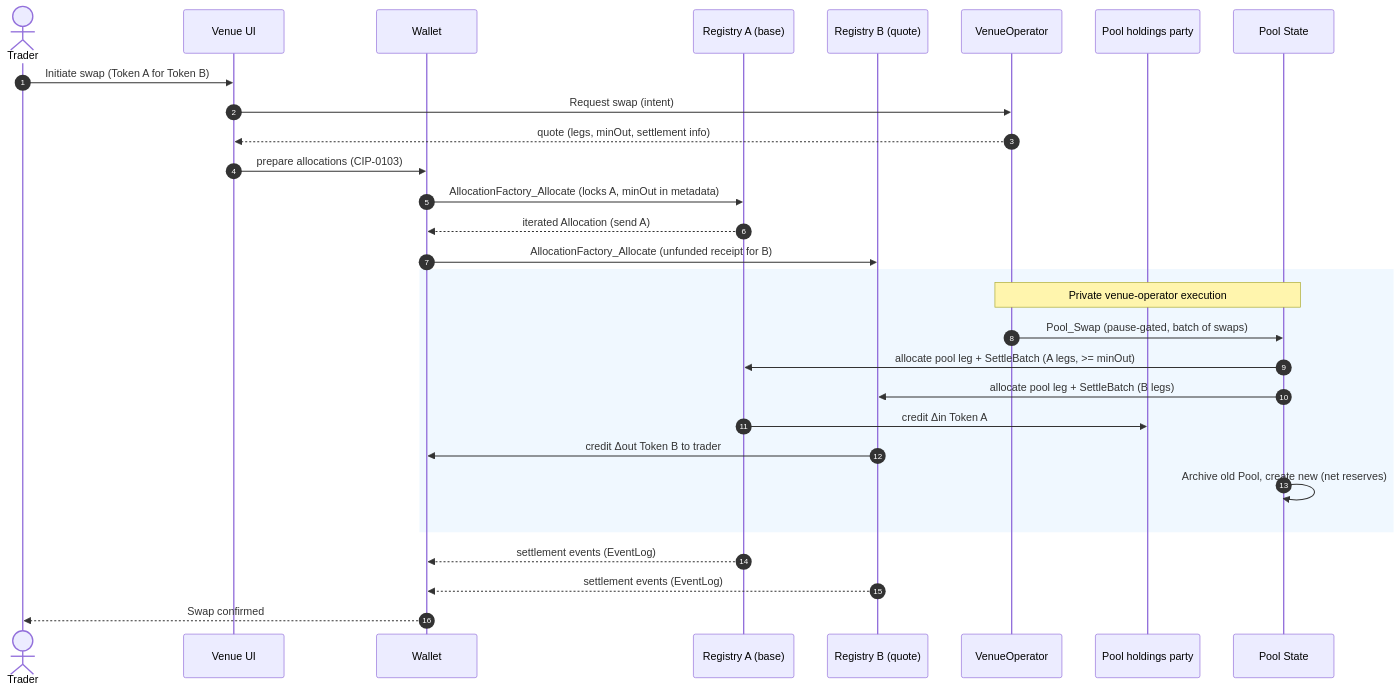
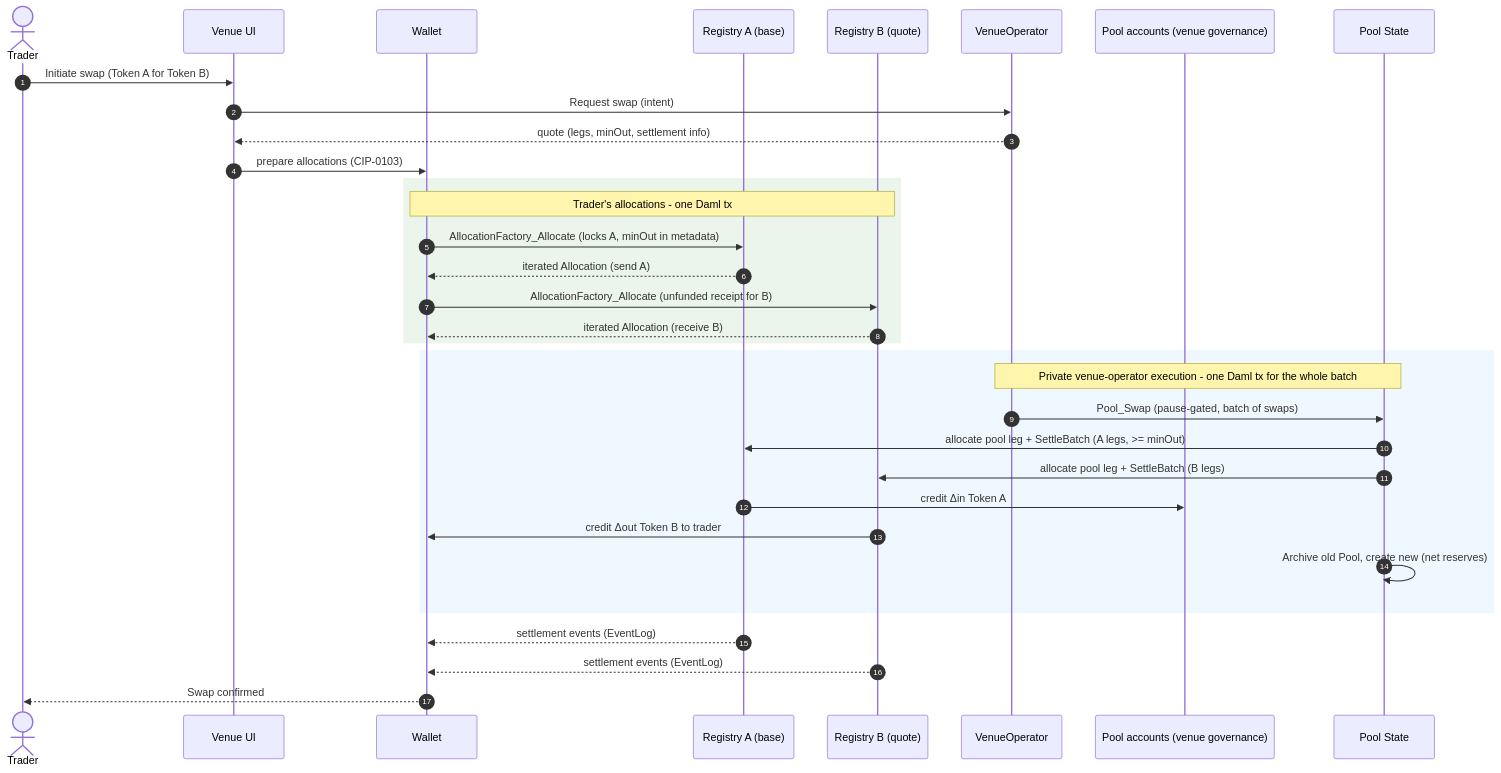
One commit to OpenZeppelin/canton-specs changed the fourth of 4 diagrams in docs/reference-architectures/dex.md. Above: the diagram before and after it, drawn with Mermaid. The commit also changed other lines of this file, not shown here.

````diff
--- a/docs/reference-architectures/dex.md
+++ b/docs/reference-architectures/dex.md
@@ -393,33 +404,37 @@
 ```mermaid
 sequenceDiagram
     autonumber
     actor Trader
     participant VenueUI as Venue UI
     participant Wallet
     participant RegA as Registry A (base)
     participant RegB as Registry B (quote)
     participant VenueOperator
-    participant PoolHoldings as Pool holdings party
+    participant PoolAcct as Pool accounts (venue governance)
     participant PoolContract as Pool State
 
     Trader->>VenueUI: Initiate swap (Token A for Token B)
     VenueUI->>VenueOperator: Request swap (intent)
     VenueOperator-->>VenueUI: quote (legs, minOut, settlement info)
     VenueUI->>Wallet: prepare allocations (CIP-0103)
+    rect rgb(235, 245, 235)
+    Note over Wallet, RegB: Trader's allocations - one Daml tx
     Wallet->>RegA: AllocationFactory_Allocate (locks A, minOut in metadata)
     RegA-->>Wallet: iterated Allocation (send A)
     Wallet->>RegB: AllocationFactory_Allocate (unfunded receipt for B)
+    RegB-->>Wallet: iterated Allocation (receive B)
+    end
     rect rgb(240, 248, 255)
-    Note over VenueOperator, PoolContract: Private venue-operator execution
+    Note over VenueOperator, PoolContract: Private venue-operator execution - one Daml tx for the whole batch
     VenueOperator->>PoolContract: Pool_Swap (pause-gated, batch of swaps)
     PoolContract->>RegA: allocate pool leg + SettleBatch (A legs, >= minOut)
     PoolContract->>RegB: allocate pool leg + SettleBatch (B legs)
-    RegA->>PoolHoldings: credit Δin Token A
+    RegA->>PoolAcct: credit Δin Token A
     RegB->>Wallet: credit Δout Token B to trader
     PoolContract->>PoolContract: Archive old Pool, create new (net reserves)
     end
 
     RegA-->>Wallet: settlement events (EventLog)
     RegB-->>Wallet: settlement events (EventLog)
     Wallet-->>Trader: Swap confirmed
 ```
````
